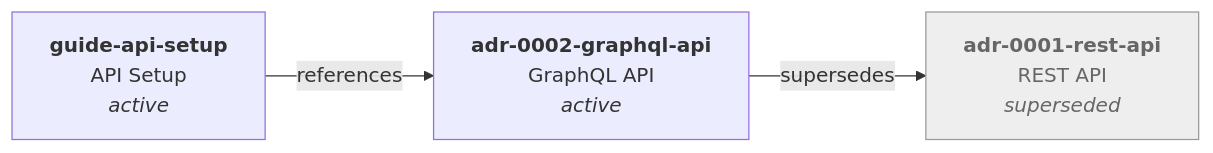
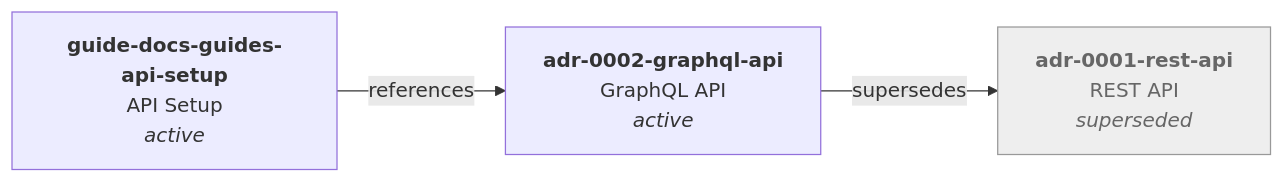
The first of 3 diagrams in README.ko.md (junyeong-ai/nodex), drawn with Mermaid before and after one commit. The commit also changed other lines of this file and 109 other files, not shown here.

````diff
--- a/README.ko.md
+++ b/README.ko.md
@@ -165,10 +165,10 @@
 ```mermaid
 graph LR
   A1["<b>adr-0001-rest-api</b><br/>REST API<br/><i>superseded</i>"]
   A2["<b>adr-0002-graphql-api</b><br/>GraphQL API<br/><i>active</i>"]
-  G["<b>guide-api-setup</b><br/>API Setup<br/><i>active</i>"]
+  G["<b>guide-docs-guides-api-setup</b><br/>API Setup<br/><i>active</i>"]
   A2 -- supersedes --> A1
   G  -- references --> A2
   classDef term fill:#eee,stroke:#999,color:#666;
   class A1 term;
 ```
````
